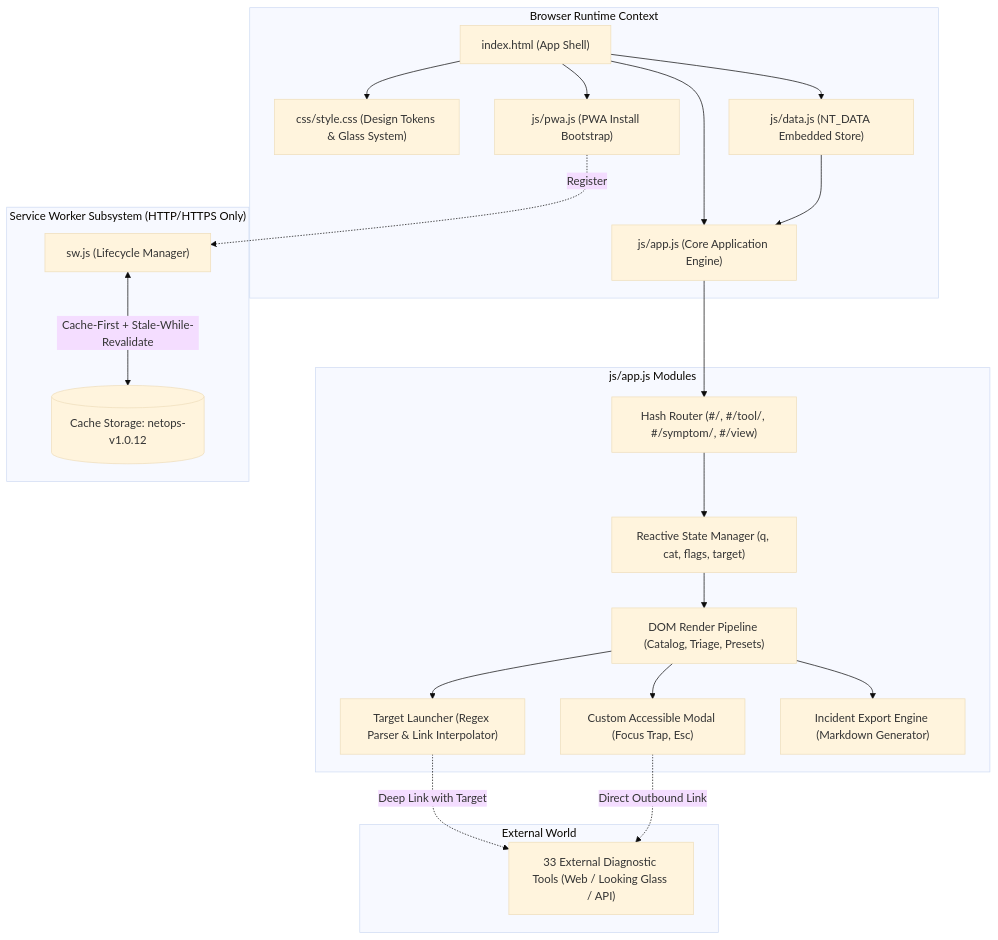
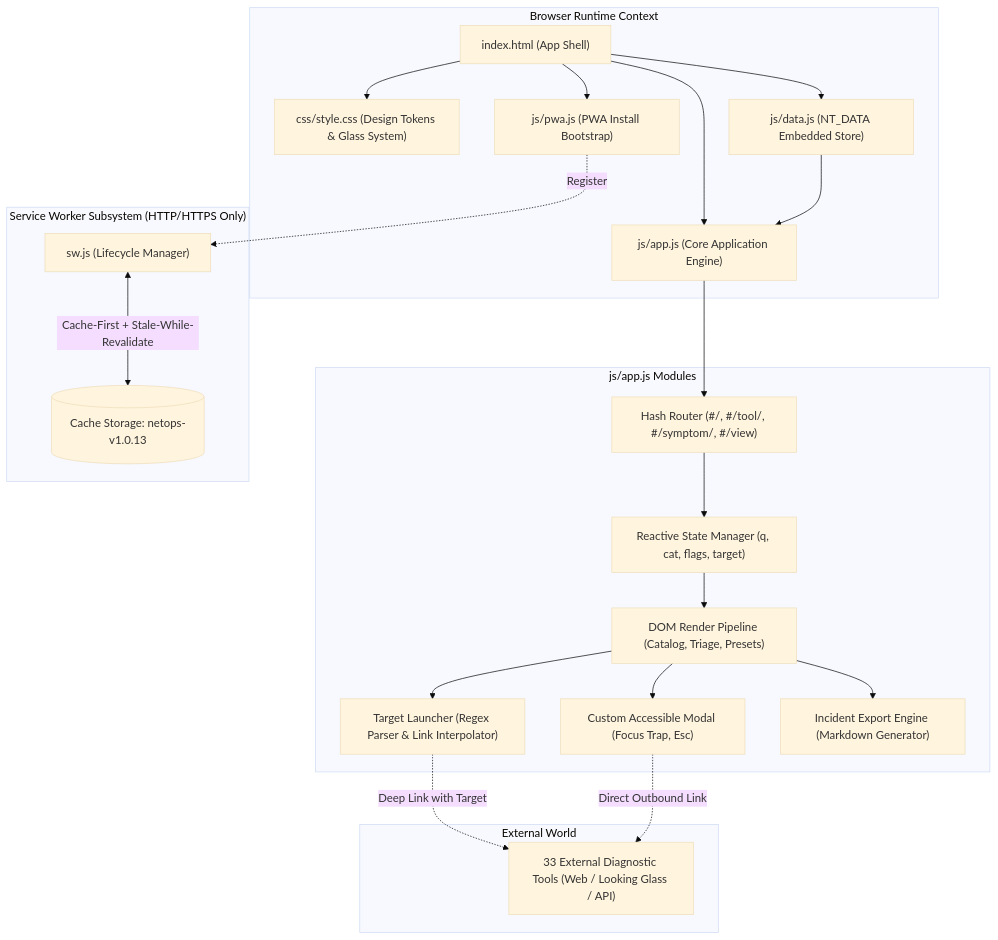
Before and after one commit to sathaporntwork/nw_online_tools: the first of 3 diagrams in ARCHITECTURE.md, drawn with Mermaid (base theme). The commit also changed other lines of this file and 8 other files, not shown here.

````diff
--- a/ARCHITECTURE.md
+++ b/ARCHITECTURE.md
@@ -26,47 +26,47 @@
 ```mermaid
 graph TD
     subgraph Browser Context ["Browser Runtime Context"]
         HTML["index.html (App Shell)"]
         CSS["css/style.css (Design Tokens & Glass System)"]
         DATA["js/data.js (NT_DATA Embedded Store)"]
         APP["js/app.js (Core Application Engine)"]
         PWA["js/pwa.js (PWA Install Bootstrap)"]
     end
 
     subgraph Core Modules ["js/app.js Modules"]
         ROUTER["Hash Router (#/, #/tool/, #/symptom/, #/view)"]
         STATE["Reactive State Manager (q, cat, flags, target)"]
         DOM["DOM Render Pipeline (Catalog, Triage, Presets)"]
         MODAL["Custom Accessible Modal (Focus Trap, Esc)"]
         LAUNCHER["Target Launcher (Regex Parser & Link Interpolator)"]
         EXPORT["Incident Export Engine (Markdown Generator)"]
     end
 
     subgraph Service Worker ["Service Worker Subsystem (HTTP/HTTPS Only)"]
         SW["sw.js (Lifecycle Manager)"]
-        CACHE[("Cache Storage: netops-v1.0.12")]
+        CACHE[("Cache Storage: netops-v1.0.13")]
     end
 
     subgraph External Systems ["External World"]
         TOOLS["33 External Diagnostic Tools (Web / Looking Glass / API)"]
     end
 
     HTML --> CSS
     HTML --> DATA
     HTML --> APP
     HTML --> PWA
 
     DATA --> APP
     APP --> ROUTER
     ROUTER --> STATE
     STATE --> DOM
     DOM --> MODAL
     DOM --> LAUNCHER
     DOM --> EXPORT
 
     LAUNCHER -.->|Deep Link with Target| TOOLS
     MODAL -.->|Direct Outbound Link| TOOLS
 
     PWA -.->|Register| SW
     SW <-->|Cache-First + Stale-While-Revalidate| CACHE
 ```
````
